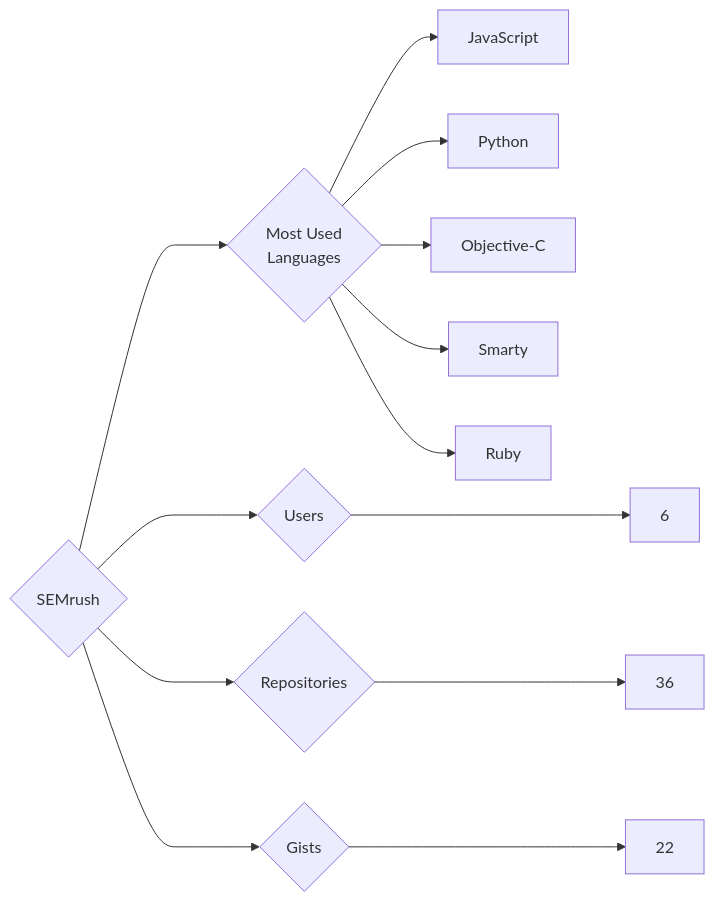
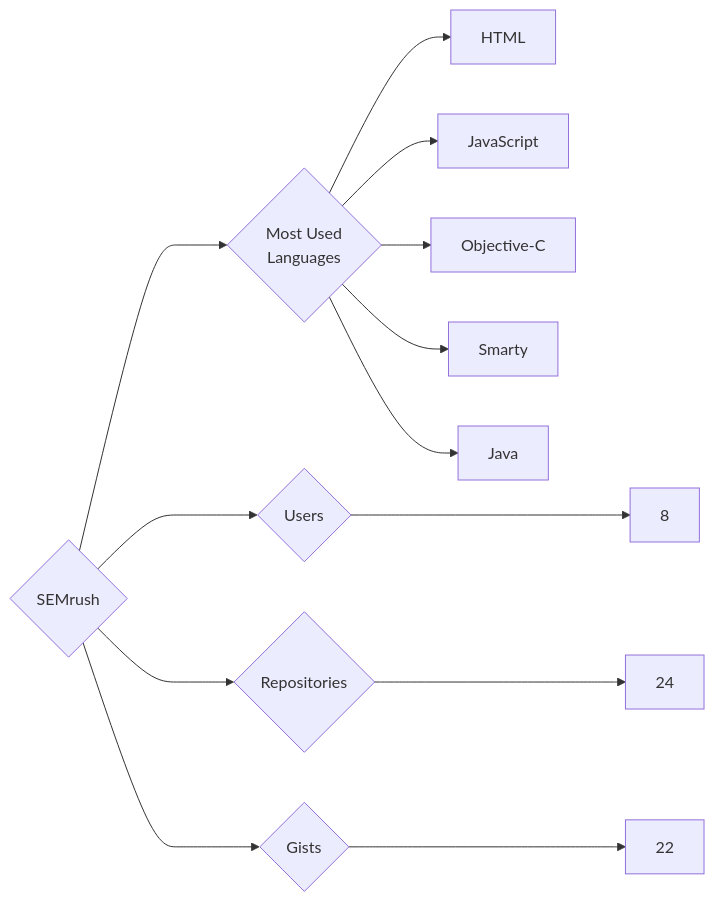
Before and after one commit to trickest/insiders: the diagram in targets/SEMrush/README.md, drawn with Mermaid. The commit also changed 898 other files, not shown here.

````diff
--- a/targets/SEMrush/README.md
+++ b/targets/SEMrush/README.md
@@ -3,13 +3,13 @@
 ```mermaid
 graph LR
 COMPANY_NAME{SEMrush}
-COMPANY_NAME ---> U{Users} ---> UN[6]
-COMPANY_NAME ---> R{Repositories} ---> RN[36]
+COMPANY_NAME ---> U{Users} ---> UN[8]
+COMPANY_NAME ---> R{Repositories} ---> RN[24]
 COMPANY_NAME ---> G{Gists} ---> GN[22]
 COMPANY_NAME ---> ML{Most Used<br>Languages}
+ML --> HTML[HTML]
 ML --> JavaScript[JavaScript]
-ML --> Python[Python]
 ML --> Objective-C[Objective-C]
 ML --> Smarty[Smarty]
-ML --> Ruby[Ruby]
+ML --> Java[Java]
 ```
````
